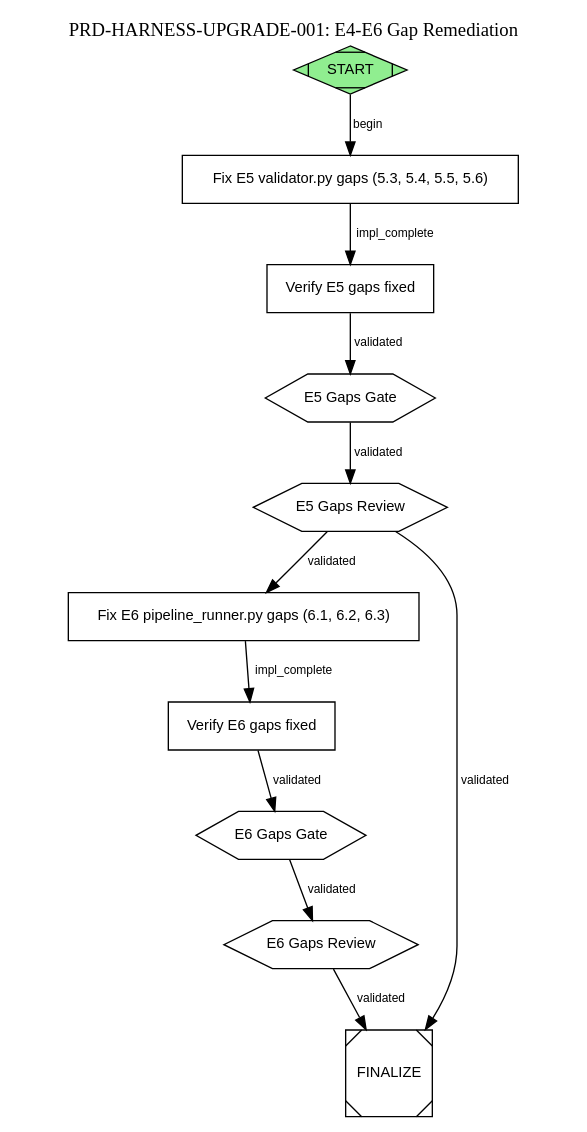
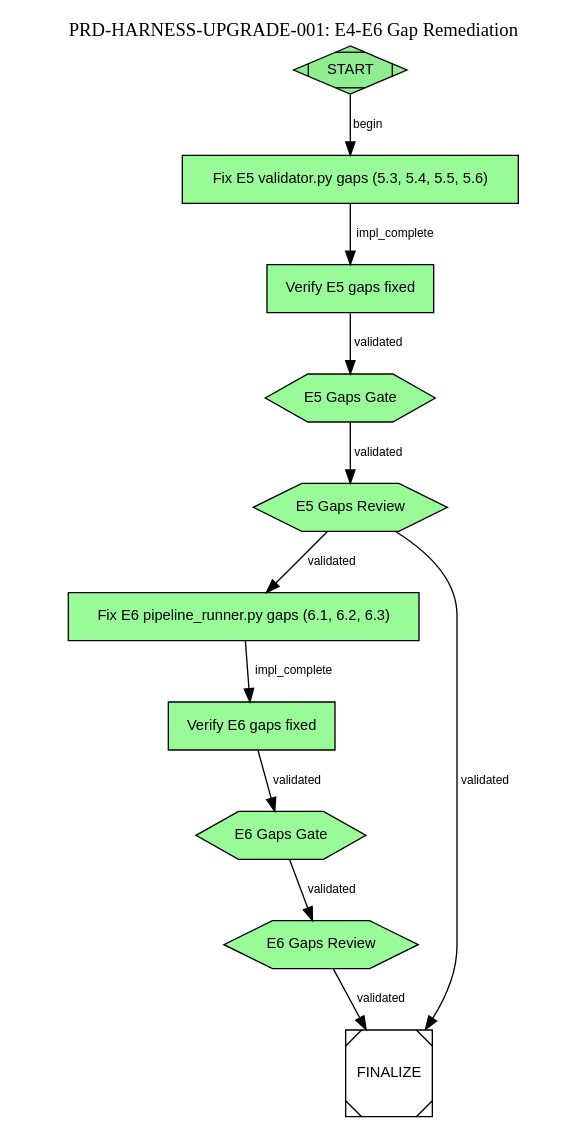
The diagram in .claude/attractor/pipelines/PRD-HARNESS-UPGRADE-E4E6-GAPS.dot (bjornslib/claude-code-harness), drawn with Graphviz before and after one commit. The commit also changed 11 other files, not shown here.

```diff
--- a/.claude/attractor/pipelines/PRD-HARNESS-UPGRADE-E4E6-GAPS.dot
+++ b/.claude/attractor/pipelines/PRD-HARNESS-UPGRADE-E4E6-GAPS.dot
@@ -1,120 +1,152 @@
 digraph "PRD-HARNESS-UPGRADE-E4E6-GAPS" {
     graph [
         label="PRD-HARNESS-UPGRADE-001: E4-E6 Gap Remediation"
         labelloc="t"
         fontsize=14
         rankdir="TB"
         prd_ref="PRD-HARNESS-UPGRADE-001"
         target_dir="/Users/theb/Documents/Windsurf/claude-harness-setup"
     ];
 
     node [fontname="Helvetica" fontsize=11];
     edge [fontname="Helvetica" fontsize=9];
 
     start [
         shape=Mdiamond
         label="START"
         handler="start"
         status="validated"
         fillcolor="lightgreen"
         style="filled"
     ];
 
     impl_e5_gaps [
         shape=box
         label="Fix E5 validator.py gaps (5.3, 5.4, 5.5, 5.6)"
         handler="codergen"
         worker_type="backend-solutions-engineer"
         sd_path="docs/sds/harness-upgrade/SD-HARNESS-UPGRADE-001-E4E6-GAPS.md"
         bead_id="claude-harness-setup-fxq8"
         acceptance="GAP-5.3: VALID_WORKER_TYPES has all 7 agent types. GAP-5.4: _check_cluster_topology receives node_map param, no NameError. GAP-5.5: V-15 warns codergen without upstream AT writer. GAP-5.6: V-16 warns when skills_required references missing skill dir."
         prd_ref="PRD-HARNESS-UPGRADE-001"
         epic_id="E5-GAPS"
-        status="pending"
+        status="accepted"
+    
+        fillcolor="palegreen"
+    
+        style="filled"
     ];
 
     verify_e5_gaps [
         shape=box
         label="Verify E5 gaps fixed"
         handler="tool"
         command="cd /Users/theb/Documents/Windsurf/claude-harness-setup && python3 -c \"import sys; sys.path.insert(0,'.claude/scripts/attractor'); from validator import VALID_WORKER_TYPES; types=['frontend-dev-expert','backend-solutions-engineer','tdd-test-engineer','solution-architect','solution-design-architect','validation-test-agent','ux-designer']; missing=[t for t in types if t not in VALID_WORKER_TYPES]; assert not missing, f'Missing: {missing}'; print(f'PASS GAP-5.3: All {len(types)} worker types registered'); import inspect; from validator import _check_cluster_topology; params=inspect.signature(_check_cluster_topology).parameters; assert 'node_map' in params, 'node_map not in params'; print('PASS GAP-5.4: node_map parameter exists')\""
-        status="pending"
+        status="accepted"
+    
+        fillcolor="palegreen"
+    
+        style="filled"
     ];
 
     gate_e5 [
         shape=hexagon
         label="E5 Gaps Gate"
         handler="wait.system3"
         gate_type="e2e"
         epic_id="E5-GAPS"
-        status="pending"
+        status="accepted"
+    
+        fillcolor="palegreen"
+    
+        style="filled"
     ];
 
     review_e5 [
         shape=hexagon
         label="E5 Gaps Review"
         handler="wait.human"
         gate="technical"
         mode="technical"
         epic_id="E5-GAPS"
-        status="pending"
+        status="accepted"
+    
+        fillcolor="palegreen"
+    
+        style="filled"
     ];
 
     impl_e6_gaps [
         shape=box
         label="Fix E6 pipeline_runner.py gaps (6.1, 6.2, 6.3)"
         handler="codergen"
         worker_type="backend-solutions-engineer"
         sd_path="docs/sds/harness-upgrade/SD-HARNESS-UPGRADE-001-E4E6-GAPS.md"
         bead_id="claude-harness-setup-i6xt"
         acceptance="GAP-6.1: clean_env includes ATTRACTOR_SIGNAL_DIR. GAP-6.2: Worker prompt includes skill invocations from agent skills_required. GAP-6.3: Signal evidence includes sd_hash field computed from sd_path."
         prd_ref="PRD-HARNESS-UPGRADE-001"
         epic_id="E6-GAPS"
-        status="pending"
+        status="accepted"
+    
+        fillcolor="palegreen"
+    
+        style="filled"
     ];
 
     verify_e6_gaps [
         shape=box
         label="Verify E6 gaps fixed"
         handler="tool"
         command="cd /Users/theb/Documents/Windsurf/claude-harness-setup && python3 -c \"content=open('.claude/scripts/attractor/pipeline_runner.py').read(); checks=[('ATTRACTOR_SIGNAL_DIR' in content, 'GAP-6.1: ATTRACTOR_SIGNAL_DIR env var'), ('skills_required' in content or 'load_agent_definition' in content, 'GAP-6.2: skill injection'), ('sd_hash' in content or 'compute_sd_hash' in content, 'GAP-6.3: sd_hash in signal')]; passed=[c[1] for c in checks if c[0]]; failed=[c[1] for c in checks if not c[0]]; print(f'PASS ({len(passed)}/{len(checks)}): {passed}'); [print(f'FAIL: {f}') for f in failed]; assert len(failed)==0, f'Failed: {failed}'\""
-        status="pending"
+        status="accepted"
+    
+        fillcolor="palegreen"
+    
+        style="filled"
     ];
 
     gate_e6 [
         shape=hexagon
         label="E6 Gaps Gate"
         handler="wait.system3"
         gate_type="e2e"
         epic_id="E6-GAPS"
-        status="pending"
+        status="accepted"
+    
+        fillcolor="palegreen"
+    
+        style="filled"
     ];
 
     review_e6 [
         shape=hexagon
         label="E6 Gaps Review"
         handler="wait.human"
         gate="technical"
         mode="technical"
         epic_id="E6-GAPS"
-        status="pending"
+        status="accepted"
+    
+        fillcolor="palegreen"
+    
+        style="filled"
     ];
 
     finalize [
         shape=Msquare
         label="FINALIZE"
         handler="exit"
         status="pending"
     ];
 
     start -> impl_e5_gaps [label="begin"];
     impl_e5_gaps -> verify_e5_gaps [label="impl_complete"];
     verify_e5_gaps -> gate_e5 [label="validated"];
     gate_e5 -> review_e5 [label="validated"];
     review_e5 -> impl_e6_gaps [label="validated"];
     impl_e6_gaps -> verify_e6_gaps [label="impl_complete"];
     verify_e6_gaps -> gate_e6 [label="validated"];
     gate_e6 -> review_e6 [label="validated"];
     review_e5 -> finalize [label="validated"];
     review_e6 -> finalize [label="validated"];
 }
```
